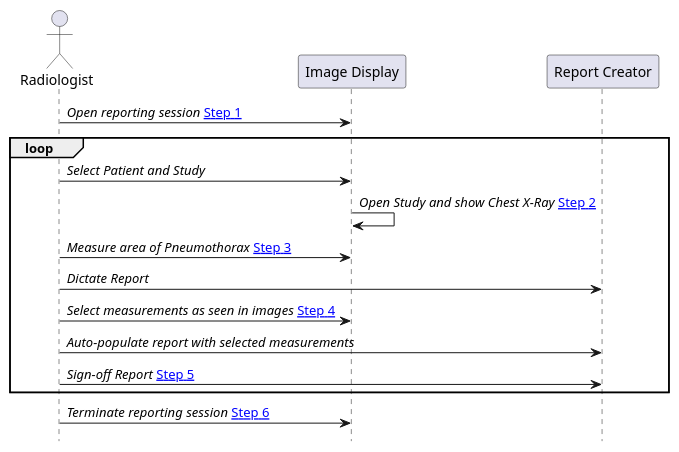
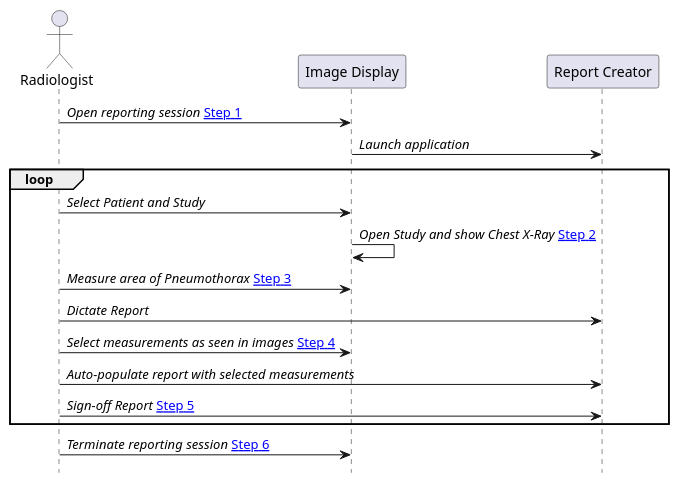
The diagram in input/images-source/ReportingFlow.plantuml (IHE/RAD.IRA), drawn with PlantUML before and after one commit.

Commit message:
Added Launch Application step.

```diff
--- a/input/images-source/ReportingFlow.plantuml
+++ b/input/images-source/ReportingFlow.plantuml
@@ -1,23 +1,23 @@
 @startuml
 
 hide footbox
 
 actor Radiologist as User
 participant "Image Display" as PACS
 participant "Report Creator" as Report
 
 User -> PACS: //Open reporting session// [[volume-1.html#1xx42121-step-1-open-reporting-session Step 1]]
-
+PACS -> Report: //Launch application//
 loop
 User -> PACS: //Select Patient and Study//
 PACS -> PACS: //Open Study and show Chest X-Ray// [[volume-1.html#1xx42122-step-2-open-study-in-context Step 2]]
 User -> PACS: //Measure area of Pneumothorax// [[volume-1.html#1xx42123-step-3-add-content-optional Step 3]]
 User -> Report: //Dictate Report//
 User -> PACS: //Select measurements as seen in images// [[volume-1.html#1xx42124-step-4-select-content-optional Step 4]]
 User -> Report: //Auto-populate report with selected measurements//
 User -> Report: //Sign-off Report// [[volume-1.html#1xx42125-step-5-sign-off-report Step 5]]
 end
 
 User->PACS: //Terminate reporting session// [[volume-1.html#1xx42126-step-6-terminate-reporting-session Step 6]]
 
 @enduml
```
